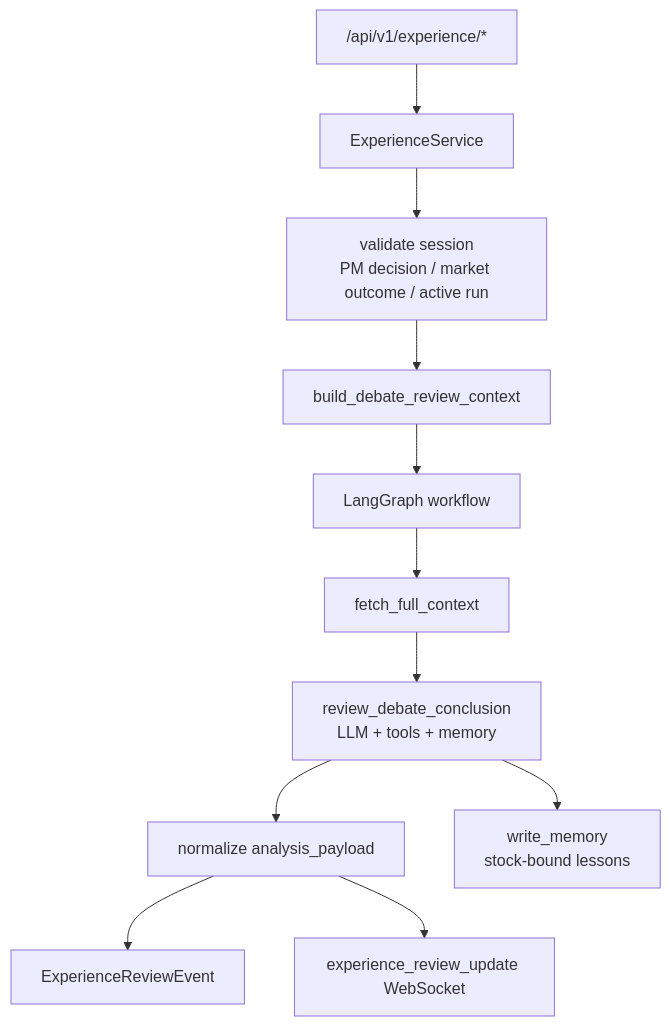
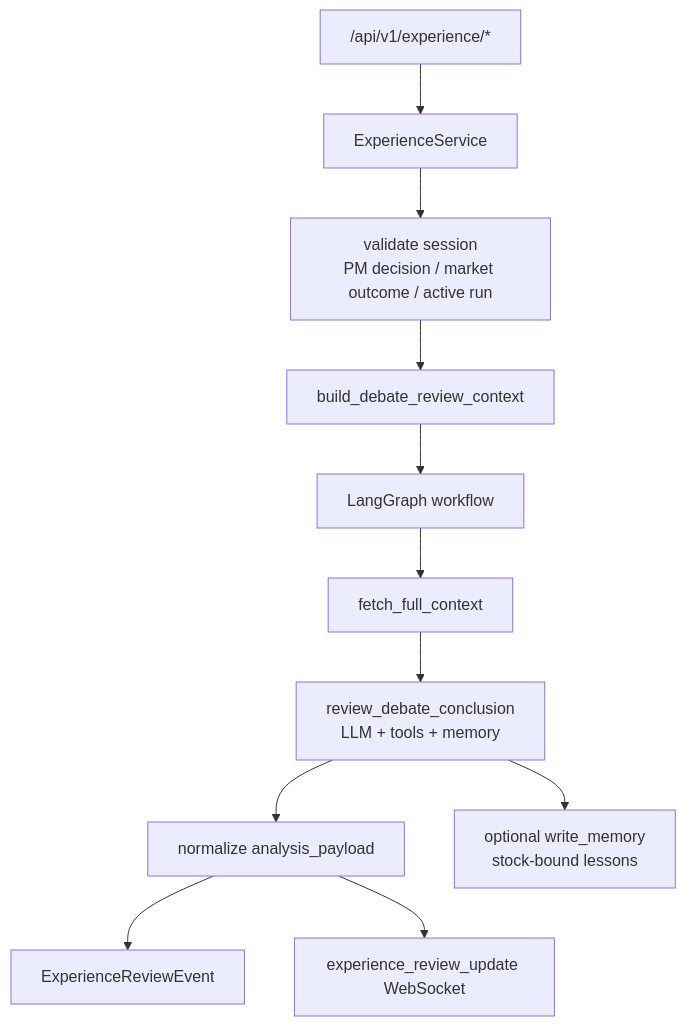
Before and after one commit to MarvekG/BestAITrader: the first of 2 diagrams in backend/app/ai/experience/README.md, drawn with Mermaid. The commit also changed other lines of this file and 7 other files, not shown here.

````diff
--- a/backend/app/ai/experience/README.md
+++ b/backend/app/ai/experience/README.md
@@ -20,15 +20,15 @@
 ```mermaid
 flowchart TD
     API["/api/v1/experience/*"] --> Service["ExperienceService"]
     Service --> Validate["validate session<br/>PM decision / market outcome / active run"]
     Validate --> Context["build_debate_review_context"]
     Context --> Workflow["LangGraph workflow"]
 
     Workflow --> Fetch["fetch_full_context"]
     Fetch --> Review["review_debate_conclusion<br/>LLM + tools + memory"]
     Review --> Normalize["normalize analysis_payload"]
 
     Normalize --> EventTable["ExperienceReviewEvent"]
     Normalize --> WS["experience_review_update WebSocket"]
-    Review --> Memory["write_memory<br/>stock-bound lessons"]
+    Review --> Memory["optional write_memory<br/>stock-bound lessons"]
 ```
````
